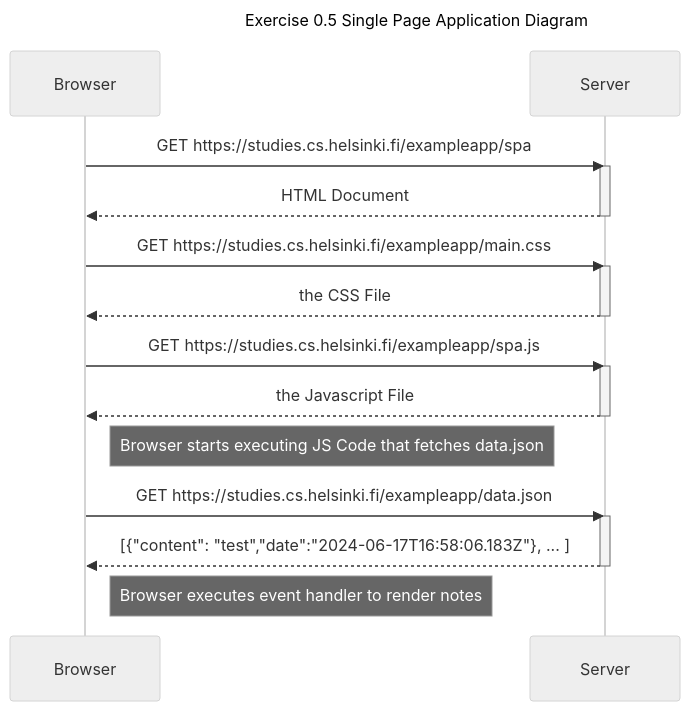
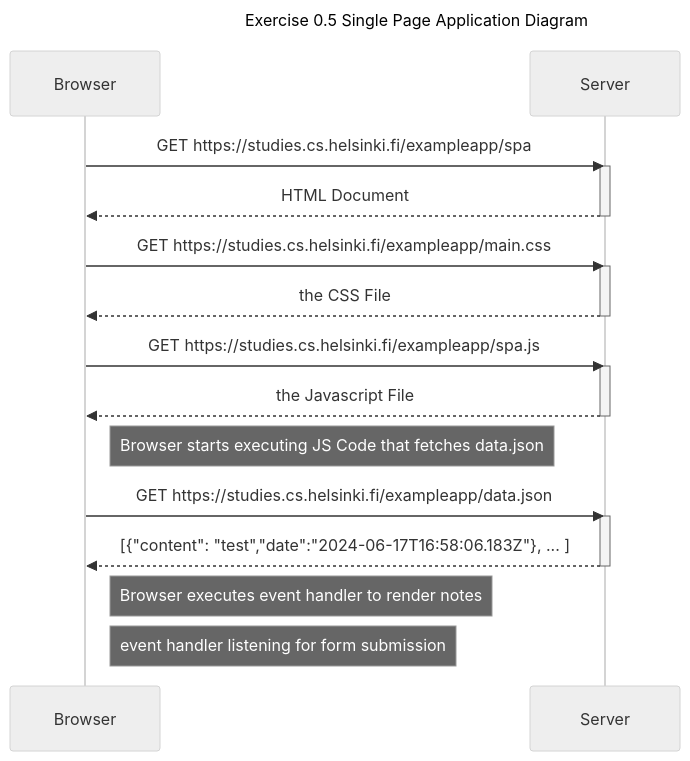
The diagram in part0/SPADiagram.md (arka-basak/FullStackOpen_ArkaBasak), drawn with Mermaid (neutral theme) before and after one commit. The commit also changed 3 other files, not shown here.

````diff
--- a/part0/SPADiagram.md
+++ b/part0/SPADiagram.md
@@ -1,31 +1,33 @@
 ```mermaid
 sequenceDiagram
     title: Exercise 0.5 Single Page Application Diagram
     participant Browser
     participant Server
 
-Browser ->> Server: GET https://studies.cs.helsinki.fi/exampleapp/spa
-activate Server
-Server -->> Browser: HTML Document
-deactivate Server
+    Browser ->> Server: GET https://studies.cs.helsinki.fi/exampleapp/spa
+    activate Server
+    Server -->> Browser: HTML Document
+    deactivate Server
 
-Browser ->> Server: GET https://studies.cs.helsinki.fi/exampleapp/main.css
-activate Server
-Server -->> Browser: the CSS File
-deactivate Server
+    Browser ->> Server: GET https://studies.cs.helsinki.fi/exampleapp/main.css
+    activate Server
+    Server -->> Browser: the CSS File
+    deactivate Server
 
-Browser ->> Server: GET https://studies.cs.helsinki.fi/exampleapp/spa.js
-activate Server
-Server -->> Browser: the Javascript File
-deactivate Server
+    Browser ->> Server: GET https://studies.cs.helsinki.fi/exampleapp/spa.js
+    activate Server
+    Server -->> Browser: the Javascript File
+    deactivate Server
 
-note right of Browser: Browser starts executing JS Code that fetches data.json
+    note right of Browser: Browser starts executing JS Code that fetches data.json
 
-Browser->>Server: GET https://studies.cs.helsinki.fi/exampleapp/data.json
-activate Server
-Server-->>Browser: [{"content": "test","date":"2024-06-17T16:58:06.183Z"}, ... ]
-deactivate Server
+    Browser->>Server: GET https://studies.cs.helsinki.fi/exampleapp/data.json
+    activate Server
+    Server-->>Browser: [{"content": "test","date":"2024-06-17T16:58:06.183Z"}, ... ]
+    deactivate Server
 
-note right of Browser: Browser executes event handler to render notes
+    note right of Browser: Browser executes event handler to render notes
+
+    note right of Browser: event handler listening for form submission
 
 ```
````
